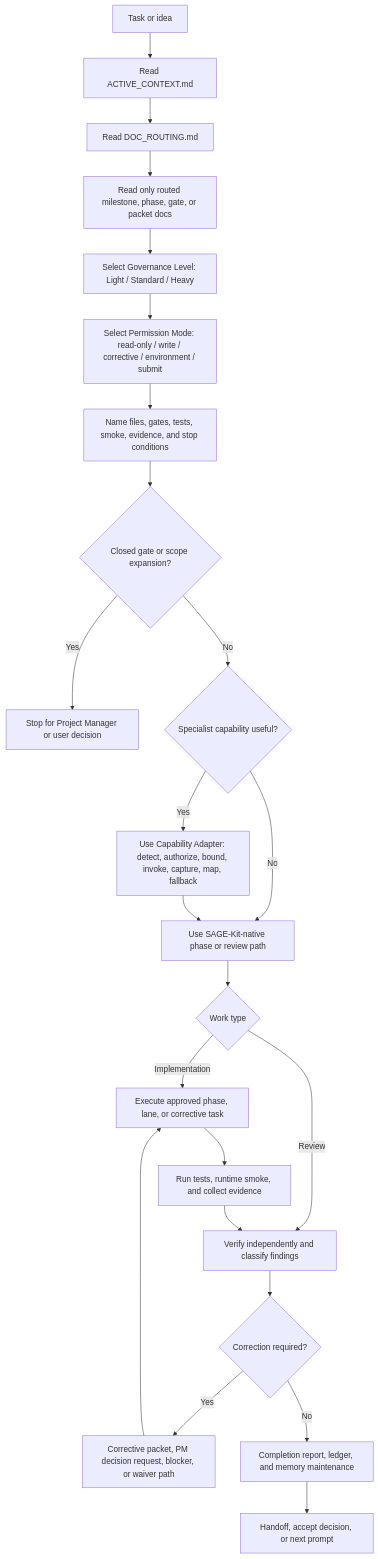
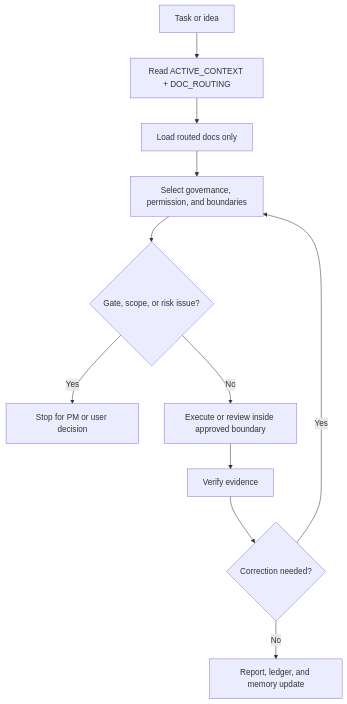
One commit to JoeKeepGo/SAGE-Kit changed the diagram in README.md. Above: the diagram before and after it, drawn with Mermaid. The commit also changed other lines of this file and 1 other file, not shown here.

Commit message:
docs: simplify README workflow overview

````diff
--- a/README.md
+++ b/README.md
@@ -567,25 +571,13 @@
 ```mermaid
 flowchart TD
-  A["Task or idea"] --> B["Read ACTIVE_CONTEXT.md"]
-  B --> C["Read DOC_ROUTING.md"]
-  C --> D["Read only routed milestone, phase, gate, or packet docs"]
-  D --> E["Select Governance Level: Light / Standard / Heavy"]
-  E --> F["Select Permission Mode: read-only / write / corrective / environment / submit"]
-  F --> G["Name files, gates, tests, smoke, evidence, and stop conditions"]
-  G --> H{"Closed gate or scope expansion?"}
-  H -- "Yes" --> I["Stop for Project Manager or user decision"]
-  H -- "No" --> J{"Specialist capability useful?"}
-  J -- "Yes" --> K["Use Capability Adapter: detect, authorize, bound, invoke, capture, map, fallback"]
-  J -- "No" --> L["Use SAGE-Kit-native phase or review path"]
-  K --> L
-  L --> M{"Work type"}
-  M -- "Implementation" --> N["Execute approved phase, lane, or corrective task"]
-  M -- "Review" --> O["Verify independently and classify findings"]
-  N --> P["Run tests, runtime smoke, and collect evidence"]
-  P --> O
-  O --> Q{"Correction required?"}
-  Q -- "Yes" --> R["Corrective packet, PM decision request, blocker, or waiver path"]
-  R --> N
-  Q -- "No" --> S["Completion report, ledger, and memory maintenance"]
-  S --> T["Handoff, accept decision, or next prompt"]
+  A["Task or idea"] --> B["Read ACTIVE_CONTEXT + DOC_ROUTING"]
+  B --> C["Load routed docs only"]
+  C --> D["Select governance, permission, and boundaries"]
+  D --> E{"Gate, scope, or risk issue?"}
+  E -- "Yes" --> F["Stop for PM or user decision"]
+  E -- "No" --> G["Execute or review inside approved boundary"]
+  G --> H["Verify evidence"]
+  H --> I{"Correction needed?"}
+  I -- "Yes" --> D
+  I -- "No" --> J["Report, ledger, and memory update"]
 ```
````
